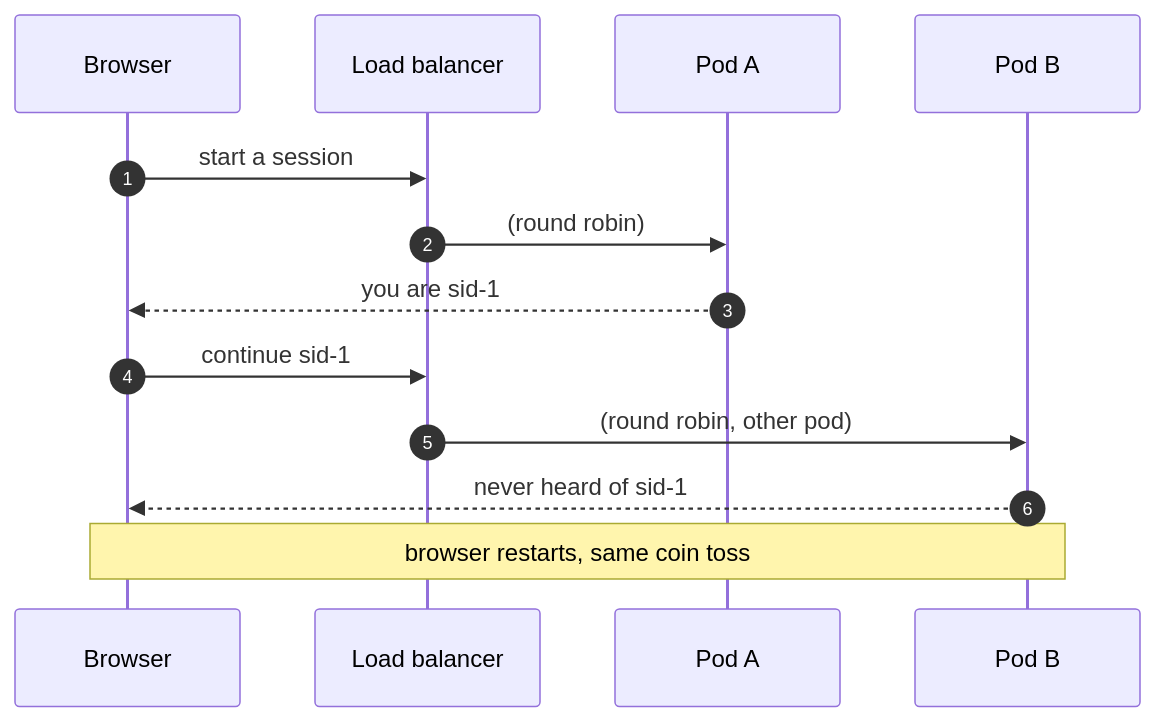
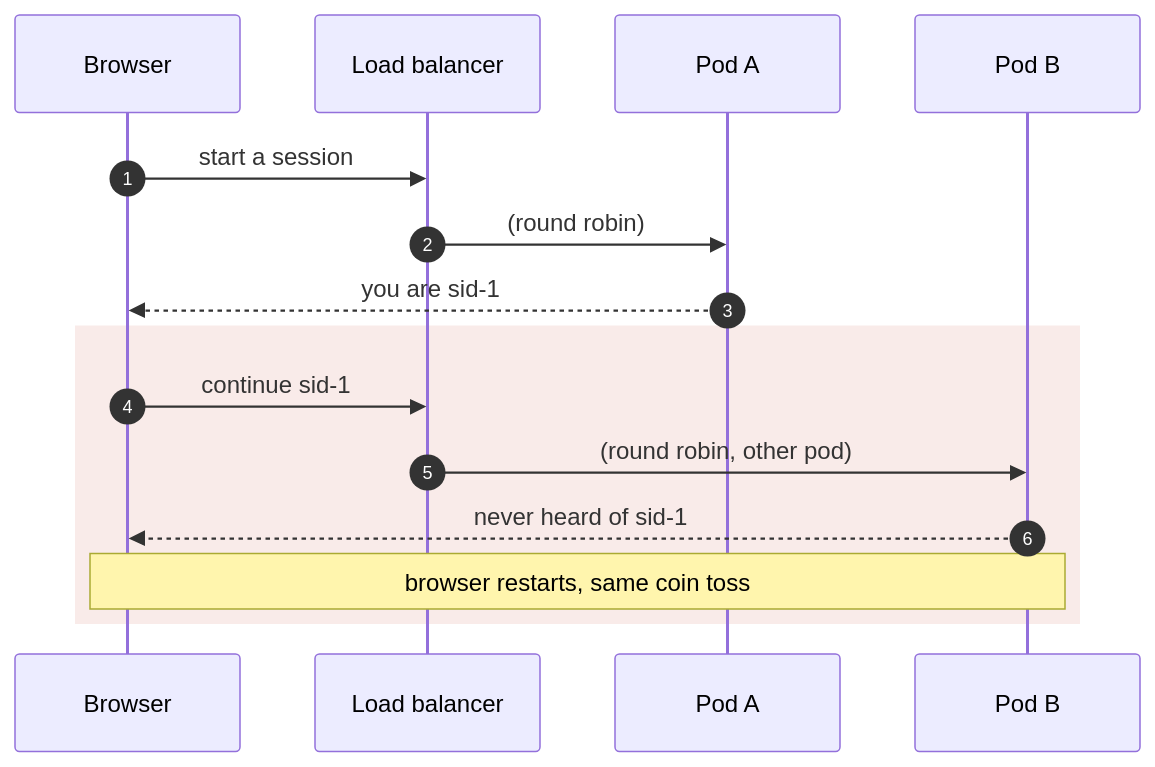
One commit to selvakumarperumal/Corporate_Filing_Analyzer_Agent changed the third of 15 diagrams in docs/TESTING-SCALING.md. Above: the diagram before and after it, drawn with Mermaid. The commit also changed other lines of this file, not shown here.

Commit message:
docs: style mermaid diagrams and add 'When it happens' context callouts across scaling test rows

````diff
--- a/docs/TESTING-SCALING.md
+++ b/docs/TESTING-SCALING.md
@@ -325,15 +367,17 @@
 ```mermaid
 sequenceDiagram
   autonumber
   participant C as Browser
   participant LB as Load balancer
   participant A as Pod A
   participant B as Pod B
   C->>LB: start a session
   LB->>A: (round robin)
   A-->>C: you are sid-1
-  C->>LB: continue sid-1
-  LB->>B: (round robin, other pod)
-  B-->>C: never heard of sid-1
-  Note over C,B: browser restarts, same coin toss
+  rect rgba(192, 57, 43, 0.10)
+    C->>LB: continue sid-1
+    LB->>B: (round robin, other pod)
+    B-->>C: never heard of sid-1
+    Note over C,B: browser restarts, same coin toss
+  end
 ```
````
